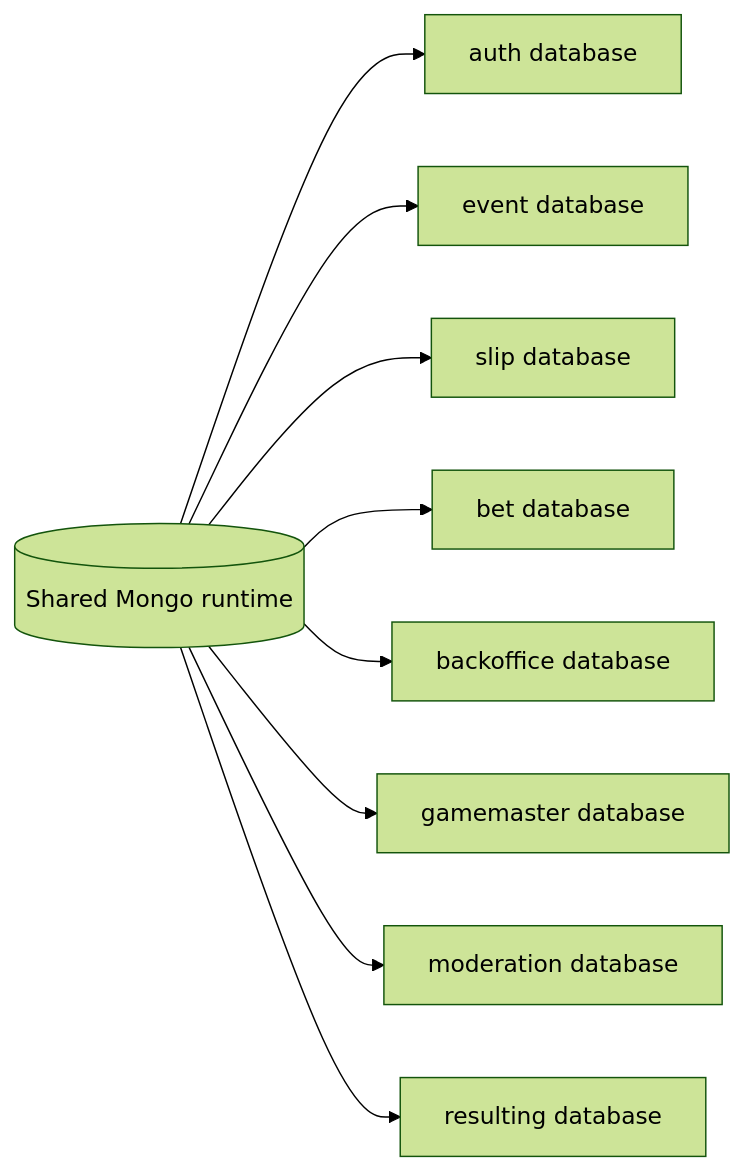
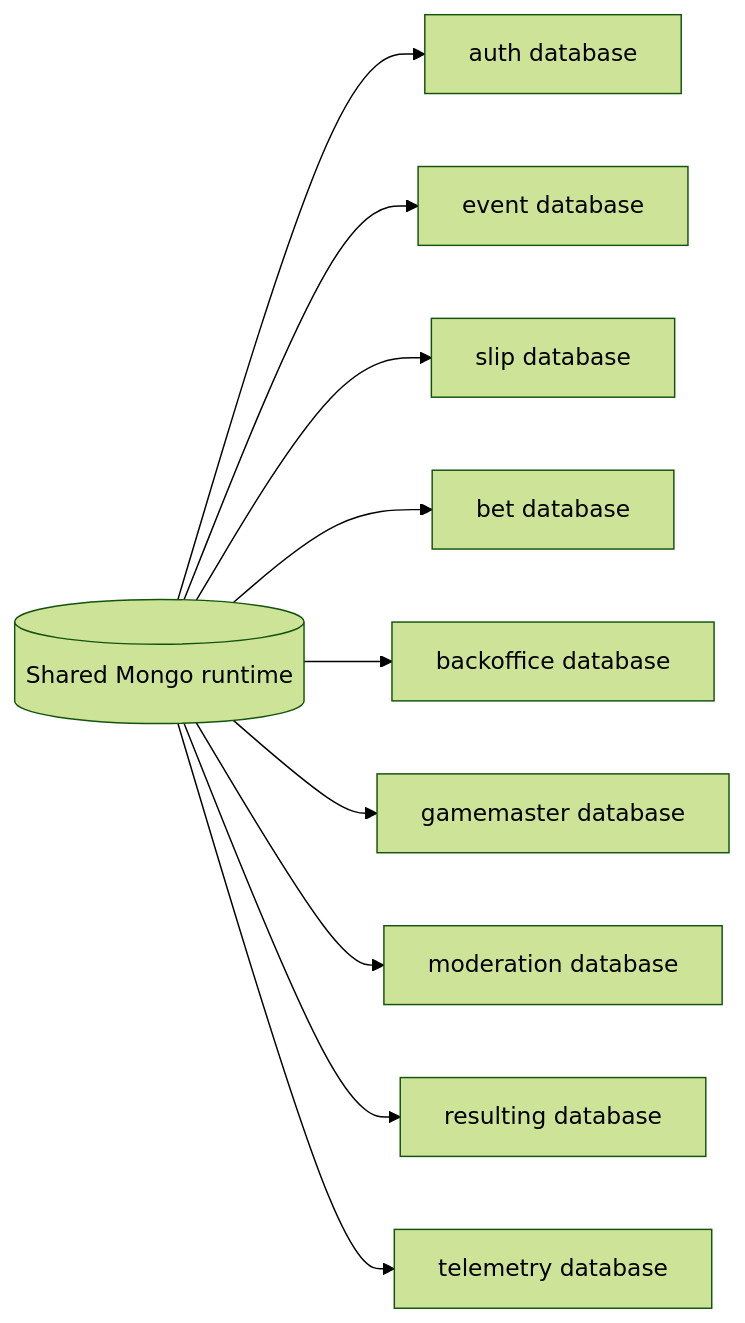
Before and after one commit to vasilyevstan/betstan: the second of 2 diagrams in docs/wiki/Architecture.md, drawn with Mermaid (forest theme). The commit also changed other lines of this file and 42 other files, not shown here.

````diff
--- a/docs/wiki/Architecture.md
+++ b/docs/wiki/Architecture.md
@@ -78,12 +82,13 @@
 ```mermaid
 flowchart LR
     Mongo[("Shared Mongo runtime")]
     Mongo --> AuthDB["auth database"]
     Mongo --> EventDB["event database"]
     Mongo --> SlipDB["slip database"]
     Mongo --> BetDB["bet database"]
     Mongo --> BackofficeDB["backoffice database"]
     Mongo --> GameDB["gamemaster database"]
     Mongo --> ModerationDB["moderation database"]
     Mongo --> ResultingDB["resulting database"]
+    Mongo --> TelemetryDB["telemetry database"]
 ```
````
